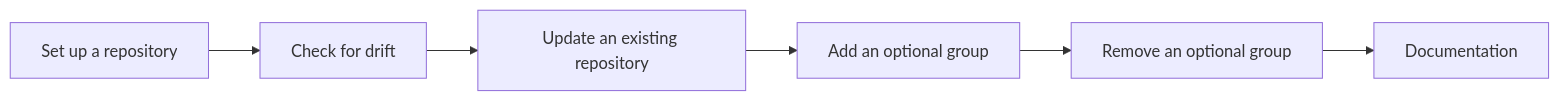
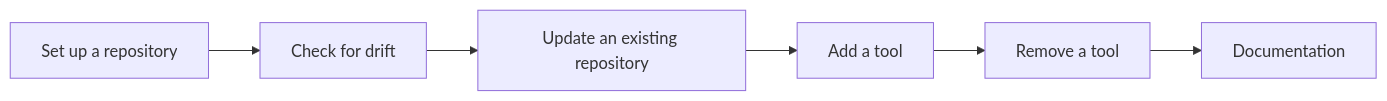
The diagram in docs/blueprint/product.md (virajp/bootstrap), drawn with Mermaid before and after one commit. The commit also changed other lines of this file and 19 other files, not shown here.

First line of the commit message:
docs: blueprint group→tool restructure and init contract gaps

````diff
--- a/docs/blueprint/product.md
+++ b/docs/blueprint/product.md
@@ -88,8 +88,8 @@
 ```mermaid
 flowchart LR
     A[Set up a repository] --> B[Check for drift]
     B --> C[Update an existing repository]
-    C --> D[Add an optional group]
-    D --> F[Remove an optional group]
+    C --> D[Add a tool]
+    D --> F[Remove a tool]
     F --> E[Documentation]
 ```
````
